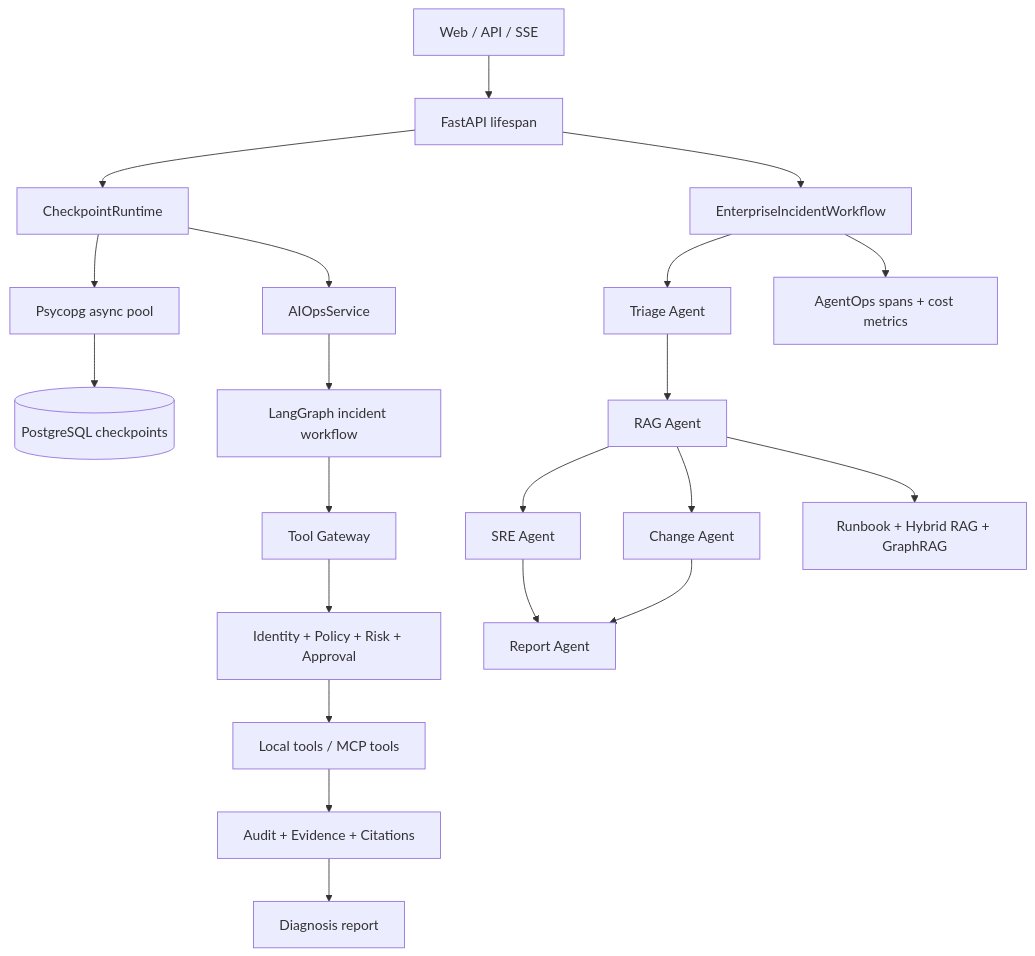
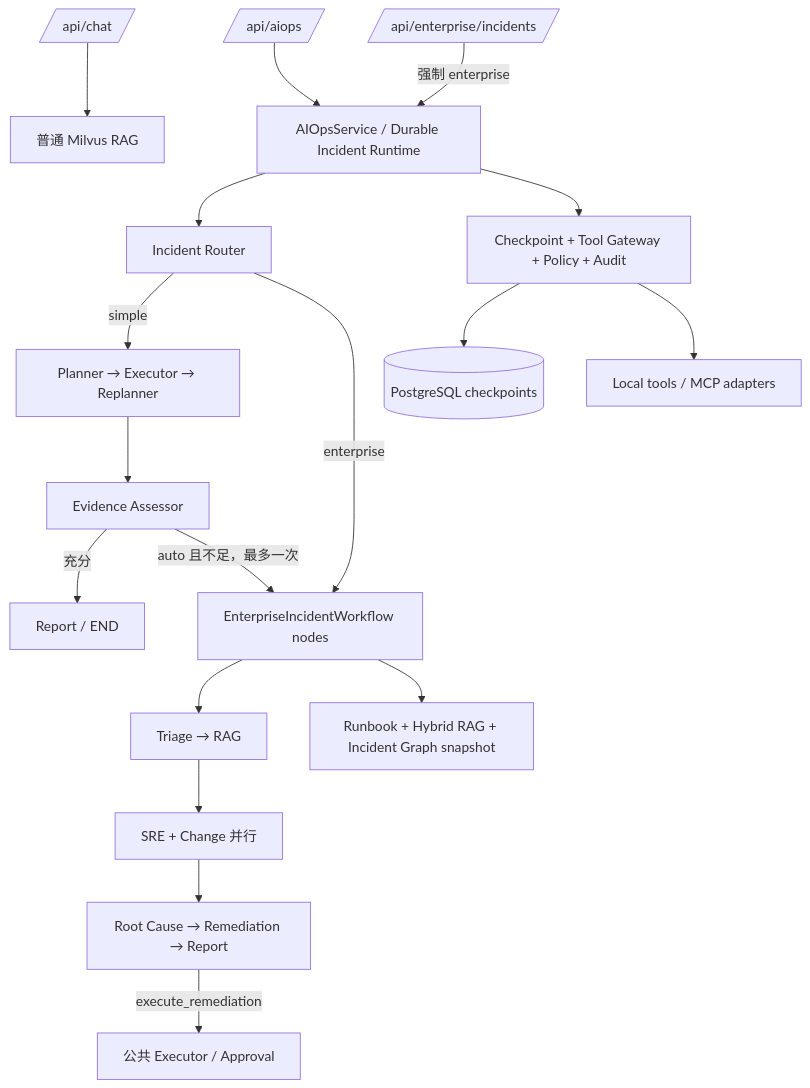
One commit to zebstr427-dev/SpatialSRE-Agent changed the diagram in README.md. Above: the diagram before and after it, drawn with Mermaid. The commit also changed other lines of this file and 69 other files, not shown here.

Commit message:
feat: unify durable incident runtime strategies

````diff
--- a/README.md
+++ b/README.md
@@ -33,26 +34,20 @@
 ```mermaid
 flowchart TD
-    Client[Web / API / SSE] --> FastAPI[FastAPI lifespan]
-    FastAPI --> Runtime[CheckpointRuntime]
-    Runtime --> Pool[Psycopg async pool]
-    Pool --> PG[(PostgreSQL checkpoints)]
-    Runtime --> Service[AIOpsService]
-    Service --> Graph[LangGraph incident workflow]
-
-    Graph --> Gateway[Tool Gateway]
-    Gateway --> Control[Identity + Policy + Risk + Approval]
-    Control --> Tools[Local tools / MCP tools]
-    Tools --> Evidence[Audit + Evidence + Citations]
-    Evidence --> Report[Diagnosis report]
-
-    FastAPI --> Enterprise[EnterpriseIncidentWorkflow]
-    Enterprise --> Triage[Triage Agent]
-    Triage --> RAG[RAG Agent]
-    RAG --> SRE[SRE Agent]
-    RAG --> Change[Change Agent]
-    SRE --> Final[Report Agent]
-    Change --> Final
-
-    RAG --> Hybrid[Runbook + Hybrid RAG + GraphRAG]
-    Enterprise --> Ops[AgentOps spans + cost metrics]
+    Chat[/api/chat/] --> NormalRAG[普通 Milvus RAG]
+    AIOps[/api/aiops/] --> Runtime[AIOpsService / Durable Incident Runtime]
+    Compat[/api/enterprise/incidents/] -->|强制 enterprise| Runtime
+    Runtime --> Router[Incident Router]
+    Router -->|simple| Simple[Planner → Executor → Replanner]
+    Simple --> Assessor[Evidence Assessor]
+    Assessor -->|充分| Done[Report / END]
+    Assessor -->|auto 且不足，最多一次| Enterprise[EnterpriseIncidentWorkflow nodes]
+    Router -->|enterprise| Enterprise
+    Enterprise --> Triage[Triage → RAG]
+    Triage --> Parallel[SRE + Change 并行]
+    Parallel --> RCA[Root Cause → Remediation → Report]
+    RCA -->|execute_remediation| Executor[公共 Executor / Approval]
+    Runtime --> Shared[Checkpoint + Tool Gateway + Policy + Audit]
+    Shared --> PG[(PostgreSQL checkpoints)]
+    Shared --> Tools[Local tools / MCP adapters]
+    Enterprise --> Knowledge[Runbook + Hybrid RAG + Incident Graph snapshot]
 ```
````
